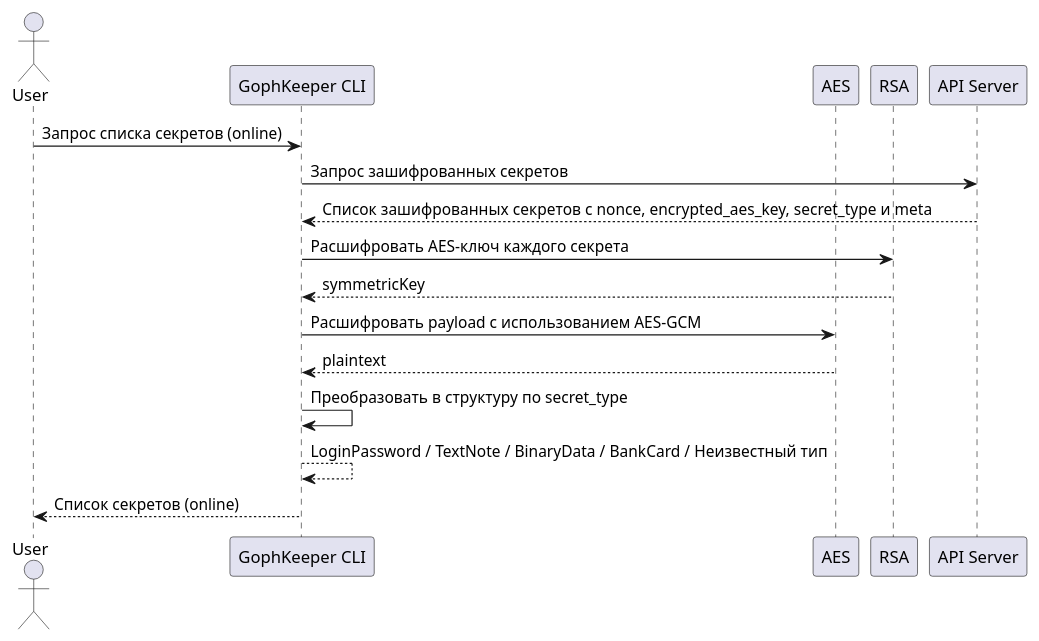
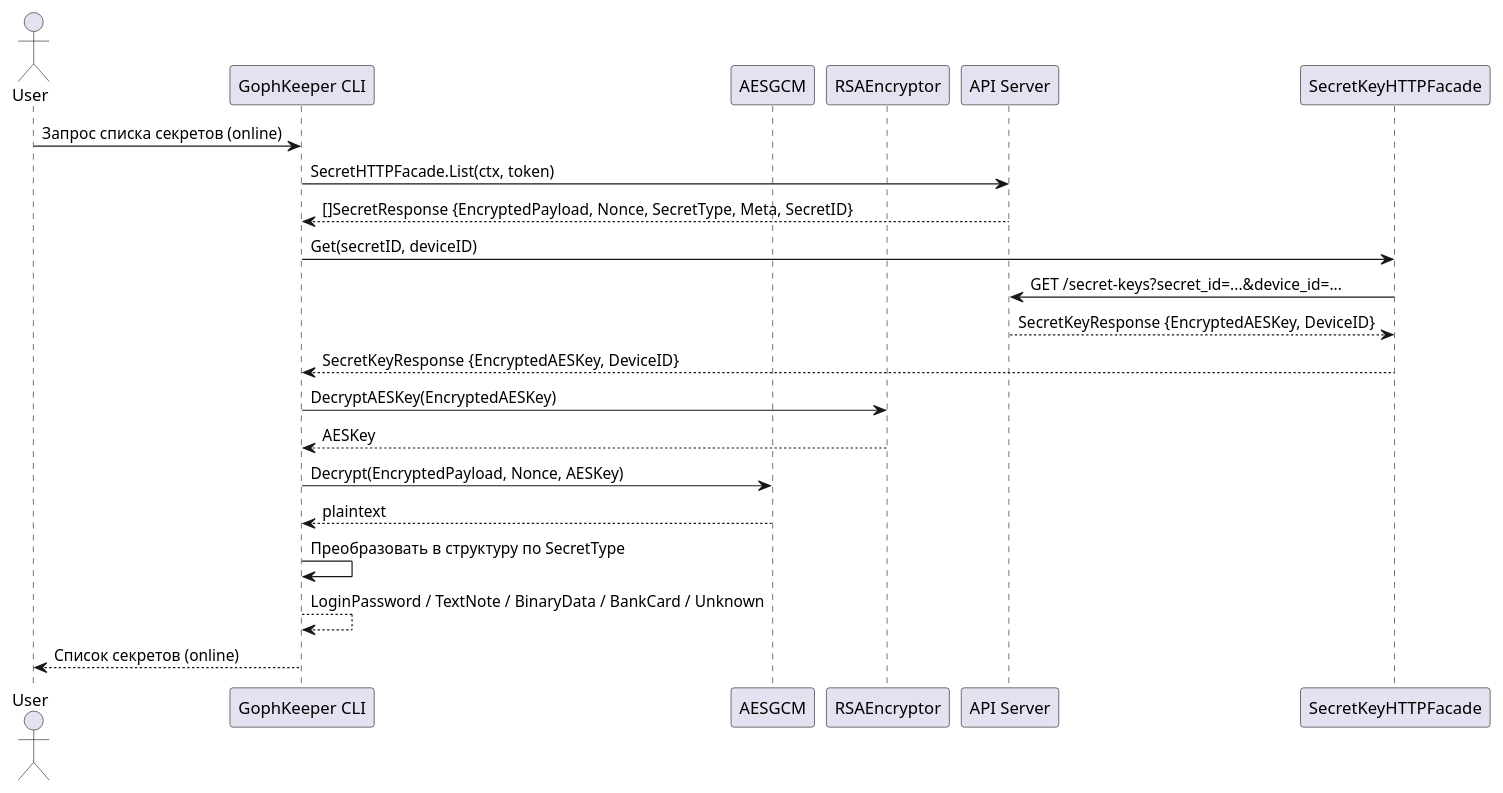
The second of 2 diagrams in docs/list.puml (sbilibin2017/gophkeeper), drawn with PlantUML before and after one commit. The commit also changed other lines of this file and 10 other files, not shown here.

```diff
--- a/docs/list.puml
+++ b/docs/list.puml
@@ -34,32 +29,29 @@
 @startuml
-' Актор — пользователь GophKeeper CLI
 actor User
+participant "GophKeeper CLI" as Client
+participant AESGCM
+participant RSAEncryptor
+participant "API Server" as Server
+participant "SecretKeyHTTPFacade" as KeyFacade
 
-' Участники процесса
-participant "GophKeeper CLI" as Client
-participant AES
-participant RSA
-participant "API Server" as Server
-
-' Пользователь запрашивает список секретов
 User -> Client: Запрос списка секретов (online)
 
-' Получение зашифрованных секретов с сервера
-Client -> Server: Запрос зашифрованных секретов
-Server --> Client: Список зашифрованных секретов с nonce, encrypted_aes_key, secret_type и meta
+Client -> Server: SecretHTTPFacade.List(ctx, token)
+Server --> Client: []SecretResponse {EncryptedPayload, Nonce, SecretType, Meta, SecretID}
 
-' Расшифровка AES-ключей
-Client -> RSA: Расшифровать AES-ключ каждого секрета
-RSA --> Client: symmetricKey
+Client -> KeyFacade: Get(secretID, deviceID)
+KeyFacade -> Server: GET /secret-keys?secret_id=...&device_id=...
+Server --> KeyFacade: SecretKeyResponse {EncryptedAESKey, DeviceID}
+KeyFacade --> Client: SecretKeyResponse {EncryptedAESKey, DeviceID}
 
-' Расшифровка payload
-Client -> AES: Расшифровать payload с использованием AES-GCM
-AES --> Client: plaintext
+Client -> RSAEncryptor: DecryptAESKey(EncryptedAESKey)
+RSAEncryptor --> Client: AESKey
 
-' Преобразование секрета по типу
-Client -> Client: Преобразовать в структуру по secret_type
-Client --> Client: LoginPassword / TextNote / BinaryData / BankCard / Неизвестный тип
+Client -> AESGCM: Decrypt(EncryptedPayload, Nonce, AESKey)
+AESGCM --> Client: plaintext
 
-' Возврат списка пользователю
+Client -> Client: Преобразовать в структуру по SecretType
+Client --> Client: LoginPassword / TextNote / BinaryData / BankCard / Unknown
+
 Client --> User: Список секретов (online)
 @enduml
```
